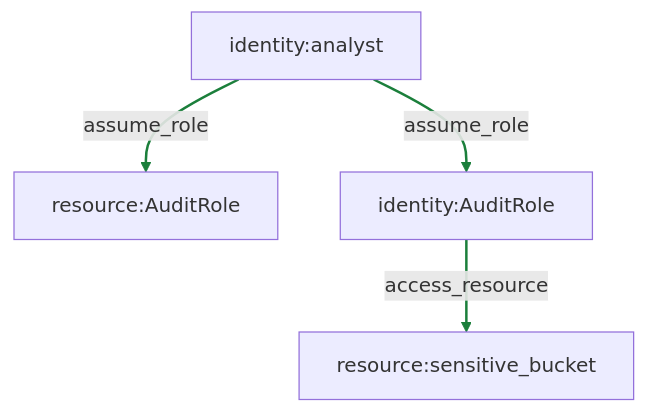
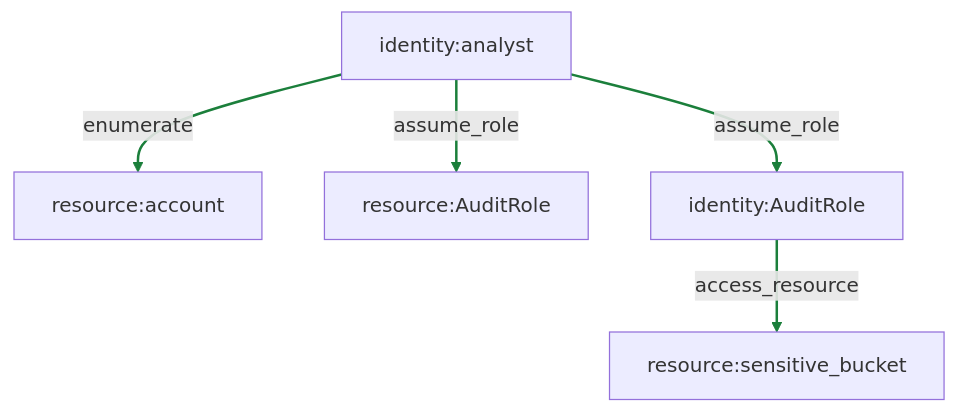
One commit to PydaVi/rastro changed the diagram in examples/output_mock/attack_graph.mmd. Above: the diagram before and after it, drawn with Mermaid. The commit also changed 15 other files, not shown here.

```diff
--- a/examples/output_mock/attack_graph.mmd
+++ b/examples/output_mock/attack_graph.mmd
@@ -1,11 +1,14 @@
 graph TD
   identity_analyst["identity:analyst"]
+  resource_account["resource:account"]
   resource_AuditRole["resource:AuditRole"]
   identity_AuditRole["identity:AuditRole"]
   resource_sensitive_bucket["resource:sensitive_bucket"]
+  identity_analyst -->|"enumerate"| resource_account
+  linkStyle 0 stroke:#1b7f3b,stroke-width:2px;
   identity_analyst -->|"assume_role"| resource_AuditRole
-  linkStyle 0 stroke:#1b7f3b,stroke-width:2px;
+  linkStyle 1 stroke:#1b7f3b,stroke-width:2px;
   identity_analyst -->|"assume_role"| identity_AuditRole
-  linkStyle 1 stroke:#1b7f3b,stroke-width:2px;
+  linkStyle 2 stroke:#1b7f3b,stroke-width:2px;
   identity_AuditRole -->|"access_resource"| resource_sensitive_bucket
-  linkStyle 2 stroke:#1b7f3b,stroke-width:2px;
+  linkStyle 3 stroke:#1b7f3b,stroke-width:2px;
```
